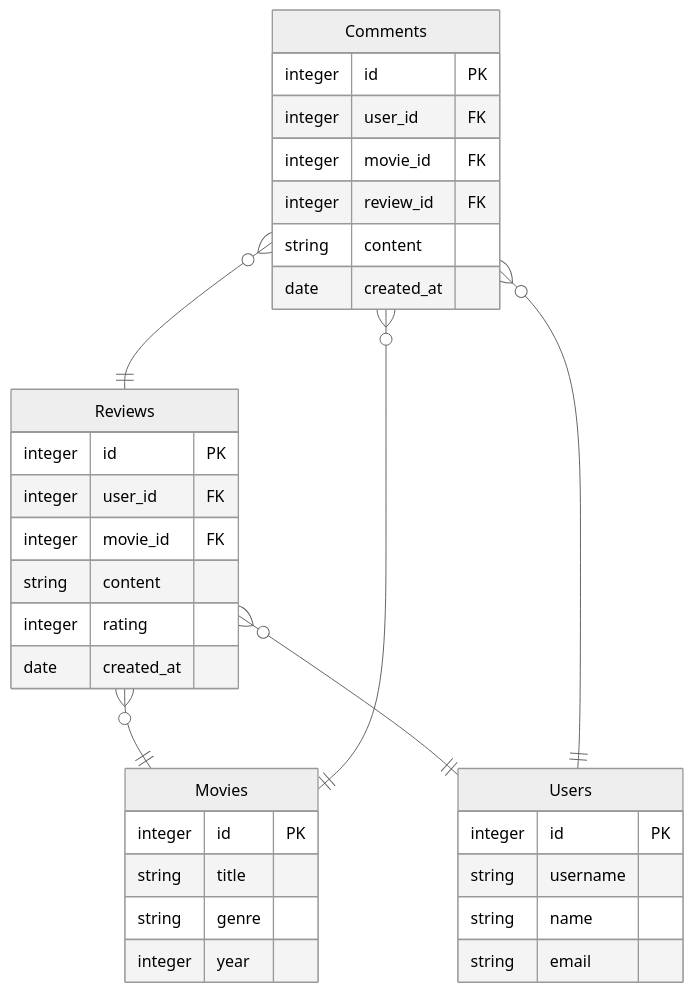
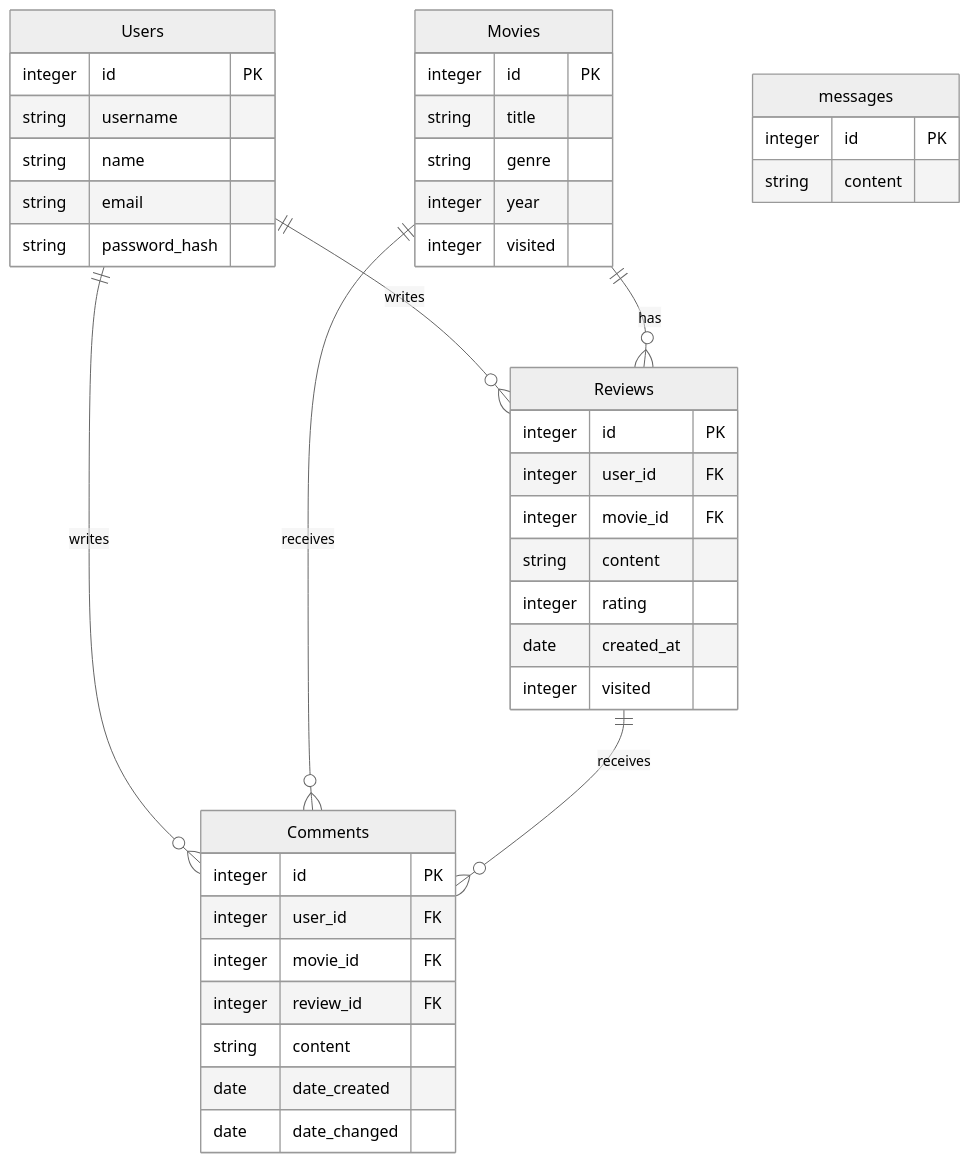
The diagram in README.md (turunjoh/movie-app), drawn with Mermaid (neutral theme) before and after one commit. The commit also changed other lines of this file, not shown here.

Commit message:
update readme to reflect current status

````diff
--- a/README.md
+++ b/README.md
@@ -35,41 +57,51 @@
 ```mermaid
+
 erDiagram
     Movies {
         integer id PK
         string title
         string genre
         integer year
+        integer visited
     }
     
     Users {
         integer id PK
         string username
         string name
         string email
-    }
-
-    Comments {
-        integer id PK
-        integer user_id FK
-        integer movie_id FK
-        integer review_id FK
-        string content
-        date created_at
+        string password_hash
     }
 
     Reviews {
         integer id PK
         integer user_id FK
         integer movie_id FK
         string content
         integer rating
         date created_at
+        integer visited
     }
 
-    Reviews many to one Movies : ""
-    Comments many to one Reviews : ""
-    Reviews many to one Users : ""
-    Comments many to one Users : ""
-    Comments many to one Movies : ""
+    Comments {
+        integer id PK
+        integer user_id FK
+        integer movie_id FK
+        integer review_id FK
+        string content
+        date date_created
+        date date_changed
+    }
+
+    messages {
+        integer id PK
+        string content
+    }
+
+    Users ||--o{ Reviews : writes
+    Users ||--o{ Comments : writes
+    Movies ||--o{ Reviews : has
+    Movies ||--o{ Comments : receives
+    Reviews ||--o{ Comments : receives
 
 ```
````
